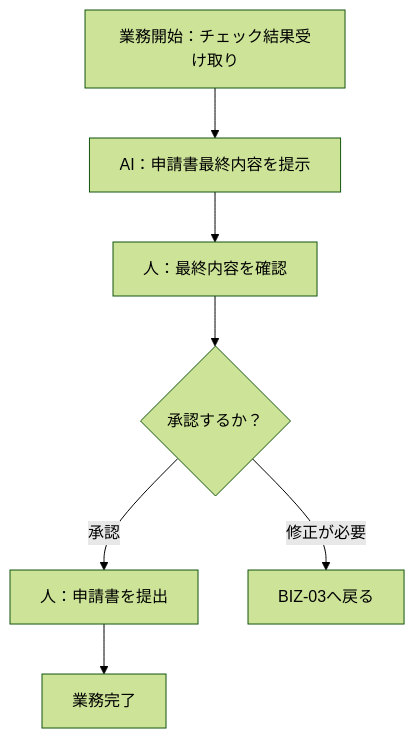
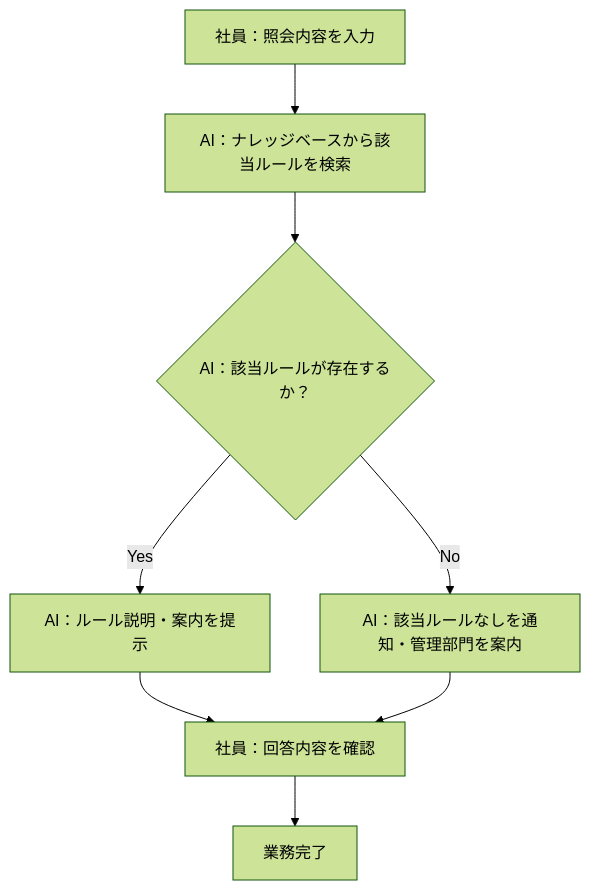
The fifth of 5 diagrams in artifacts/01_business-requirements/outputs/業務プロセス定義.md (horii003/AIAgentBookCC), drawn with Mermaid (forest theme) before and after one commit. The commit also changed other lines of this file and 121 other files, not shown here.

````diff
--- a/artifacts/01_business-requirements/outputs/業務プロセス定義.md
+++ b/artifacts/01_business-requirements/outputs/業務プロセス定義.md
@@ -626,9 +578,10 @@
 ```mermaid
 flowchart TD
-    A[業務開始：チェック結果受け取り] --> B[AI：申請書最終内容を提示]
-    B --> C[人：最終内容を確認]
-    C --> D{承認するか？}
-    D -->|承認| E[人：申請書を提出]
-    D -->|修正が必要| F[BIZ-03へ戻る]
-    E --> G[業務完了]
+    A[社員：照会内容を入力] --> B[AI：ナレッジベースから該当ルールを検索]
+    B --> C{AI：該当ルールが存在するか？}
+    C -->|Yes| D[AI：ルール説明・案内を提示]
+    C -->|No| E[AI：該当ルールなしを通知・管理部門を案内]
+    D --> F[社員：回答内容を確認]
+    E --> F
+    F --> G[業務完了]
 ```
````
